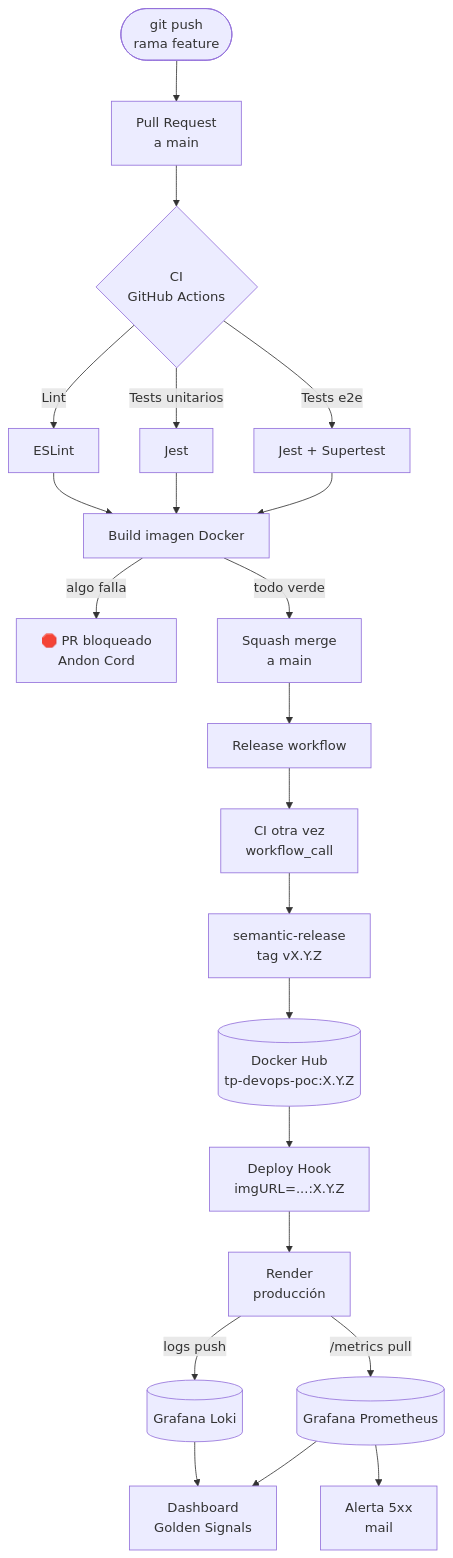
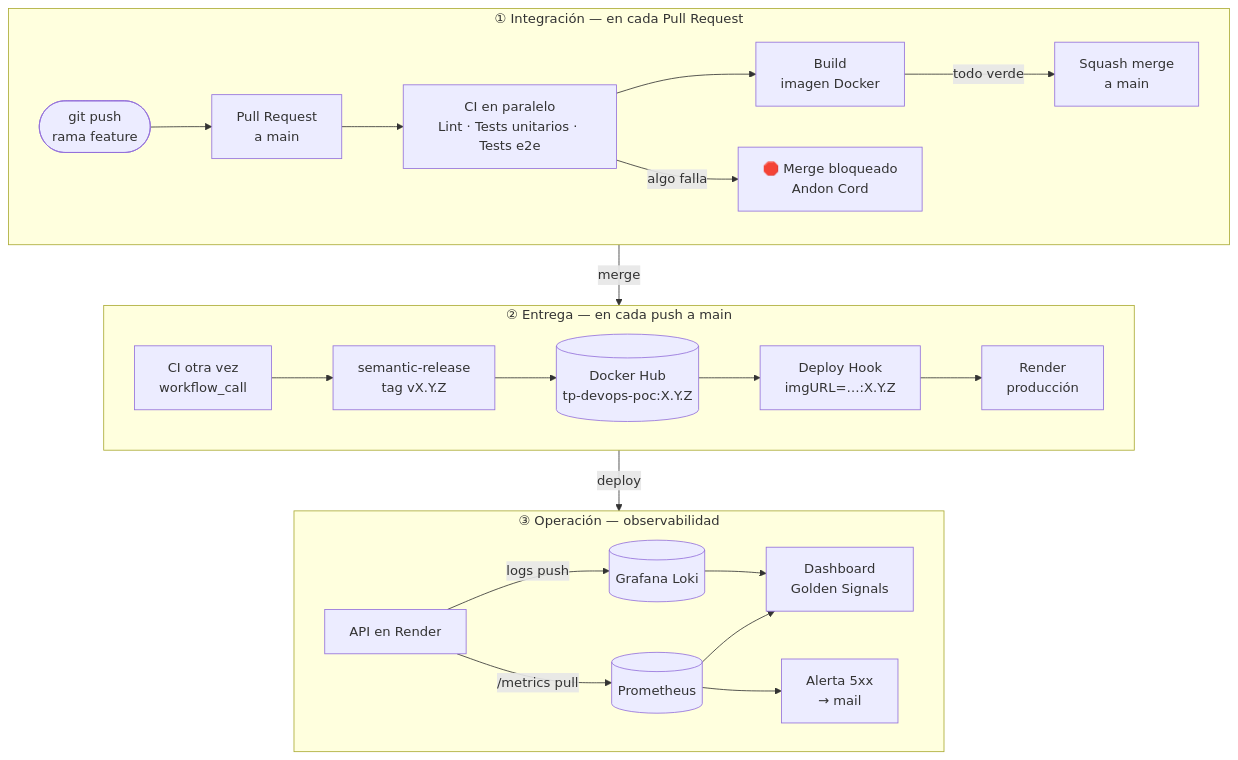
Before and after one commit to graubrian/tp-devops-poc: the diagram in README.md, drawn with Mermaid.

Commit message:
docs: mejora el diagrama del pipeline (#8)

````diff
--- a/README.md
+++ b/README.md
@@ -56,21 +56,28 @@
 ```mermaid
-flowchart TD
-    dev([git push<br/>rama feature]) --> pr[Pull Request<br/>a main]
-    pr --> ci{CI<br/>GitHub Actions}
-    ci -->|Lint| l[ESLint]
-    ci -->|Tests unitarios| u[Jest]
-    ci -->|Tests e2e| e[Jest + Supertest]
-    l & u & e --> b[Build imagen Docker]
-    b -->|algo falla| stop[🛑 PR bloqueado<br/>Andon Cord]
-    b -->|todo verde| merge[Squash merge<br/>a main]
-    merge --> rel[Release workflow]
-    rel --> ci2[CI otra vez<br/>workflow_call]
-    ci2 --> sr[semantic-release<br/>tag vX.Y.Z]
-    sr --> hub[(Docker Hub<br/>tp-devops-poc:X.Y.Z)]
-    hub --> hook[Deploy Hook<br/>imgURL=...:X.Y.Z]
-    hook --> render[Render<br/>producción]
-    render -->|logs push| loki[(Grafana Loki)]
-    render -->|/metrics pull| prom[(Grafana Prometheus)]
-    loki & prom --> dash[Dashboard<br/>Golden Signals]
-    prom --> alert[Alerta 5xx<br/>mail]
+flowchart TB
+    subgraph INT["① Integración — en cada Pull Request"]
+        direction LR
+        dev([git push<br/>rama feature]) --> pr[Pull Request<br/>a main]
+        pr --> checks["CI en paralelo<br/>Lint · Tests unitarios · Tests e2e"]
+        checks --> build[Build<br/>imagen Docker]
+        build -->|todo verde| merge[Squash merge<br/>a main]
+        checks -->|algo falla| stop[🛑 Merge bloqueado<br/>Andon Cord]
+    end
+    subgraph ENT["② Entrega — en cada push a main"]
+        direction LR
+        ci2[CI otra vez<br/>workflow_call] --> sr[semantic-release<br/>tag vX.Y.Z]
+        sr --> hub[(Docker Hub<br/>tp-devops-poc:X.Y.Z)]
+        hub --> hook[Deploy Hook<br/>imgURL=…:X.Y.Z]
+        hook --> render[Render<br/>producción]
+    end
+    subgraph OPE["③ Operación — observabilidad"]
+        direction LR
+        app[API en Render] -->|logs push| loki[(Grafana Loki)]
+        app -->|/metrics pull| prom[(Prometheus)]
+        loki --> dash[Dashboard<br/>Golden Signals]
+        prom --> dash
+        prom --> alert[Alerta 5xx<br/>→ mail]
+    end
+    INT -->|merge| ENT
+    ENT -->|deploy| OPE
 ```
````
